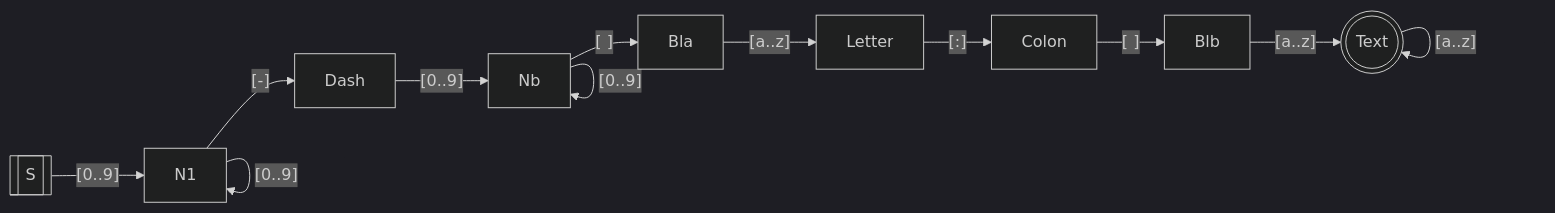
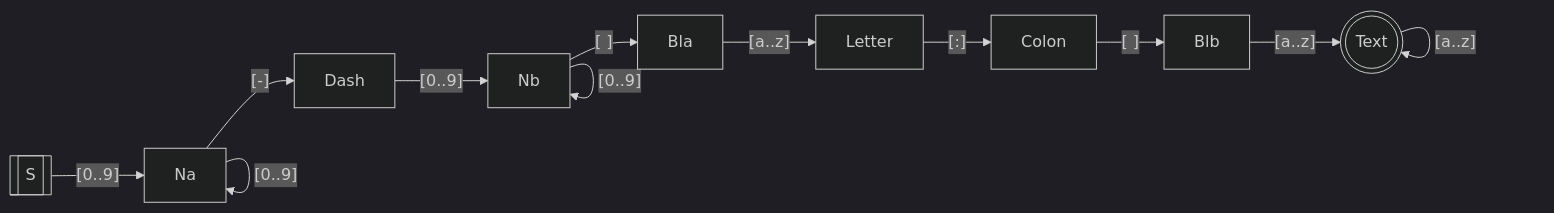
One commit to jepoen/screencasts changed the first of 2 diagrams in rust/adventofcode-2020/day02/README.md. Above: the diagram before and after it, drawn with Mermaid (dark theme).

Commit message:
test mermaid

```diff
--- a/rust/adventofcode-2020/day02/README.md
+++ b/rust/adventofcode-2020/day02/README.md
@@ -27,18 +27,17 @@
 ~~~mermaid
 flowchart LR;
 S[[S]];
-Na[N1];
 Text(((Text)));
 
 S-->|"[0..9]"|Na;
 Na-->|"[0..9]"|Na;
 Na-->|"[-]"|Dash;
 Dash-->|"[0..9]"|Nb;
 Nb-->|"[0..9]"|Nb;
 Nb-->|"[ ]"|Bla;
 Bla-->|"[a..z]"|Letter;
 Letter-->|"[:]"|Colon;
 Colon-->|"[ ]"|Blb;
 Blb-->|"[a..z]"|Text;
 Text-->|"[a..z]"|Text;
 ~~~
```
